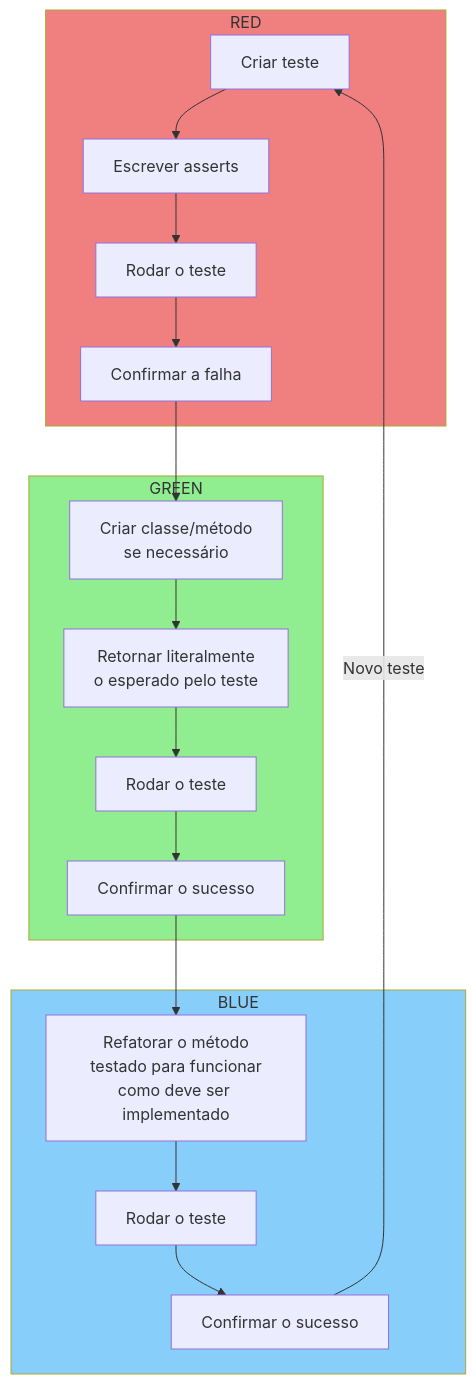
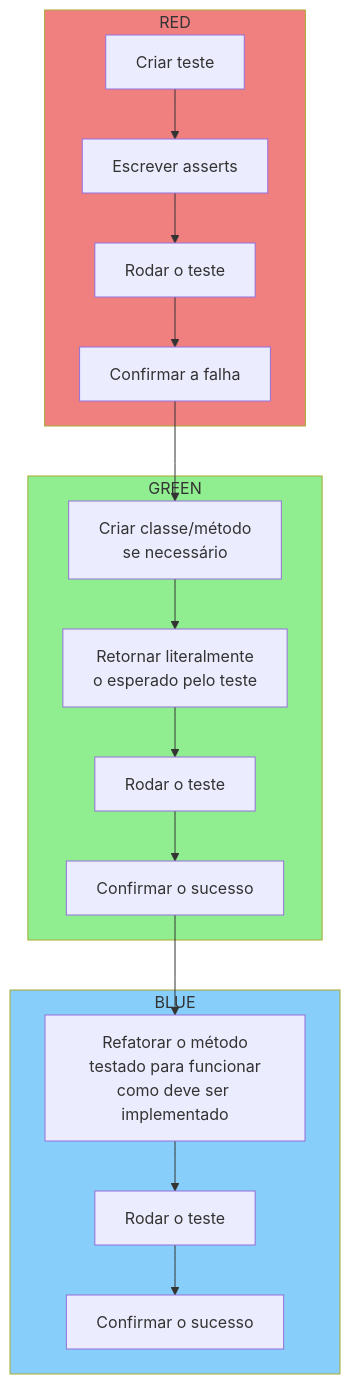
Before and after one commit to neninja/espiral: the second of 2 diagrams in content/docs/overview.md, drawn with Mermaid. The commit also changed other lines of this file, not shown here.

```diff
--- a/content/docs/overview.md
+++ b/content/docs/overview.md
@@ -5,33 +21,32 @@
 {{< mermaid >}}
 graph TD
     style RED fill:LightCoral
     style GREEN fill:LightGreen
     style BLUE fill:LightSkyBlue
 
     subgraph RED
         r1[Criar teste]
         r2[Escrever asserts]
         r3[Rodar o teste]
         r4[Confirmar a falha]
         r1 --> r2 --> r3 --> r4
     end
 
     subgraph GREEN
         g1[Criar classe/método\nse necessário]
         g2[Retornar literalmente\no esperado pelo teste]
         g3[Rodar o teste]
         g4[Confirmar o sucesso]
         g1 --> g2 --> g3 --> g4
     end
 
     subgraph BLUE
         b1[Refatorar o método\ntestado para funcionar\ncomo deve ser implementado]
         b2[Rodar o teste]
         b3[Confirmar o sucesso]
         b1 --> b2 --> b3
     end
 
     r4 --> g1
     g4 --> b1
-    b3 -- Novo teste --> r1
 {{< /mermaid >}}
```
